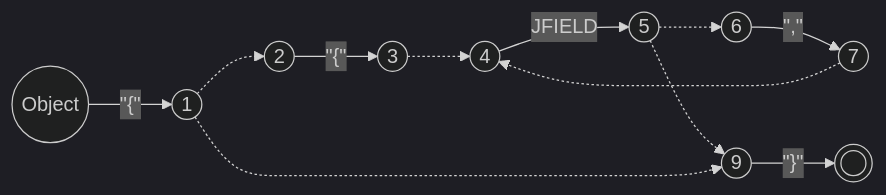
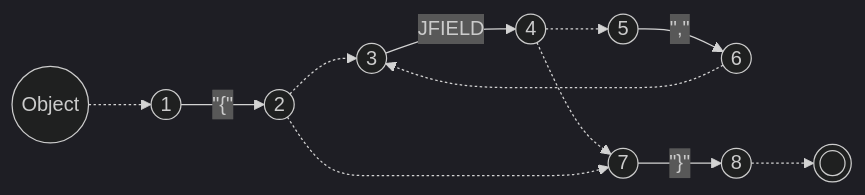
The first of 2 diagrams in Blog/GLR-Refactoring/Mermaid.md (vczh-websites/vczh), drawn with Mermaid (dark theme) before and after one commit.

````diff
--- a/Blog/GLR-Refactoring/Mermaid.md
+++ b/Blog/GLR-Refactoring/Mermaid.md
@@ -5,14 +5,14 @@
 ```mermaid
 graph LR
-  S((Object))-- #quot;{#quot; -->1
-  1((1))-.->2
-  2((2))-- #quot;{#quot; -->3
-  3((3))-.->4
-  4((4))-- JFIELD -->5
-  5((5))-.->6
-  6((6))-- #quot;,#quot; --> 7
-  7((7))-.->4
-  5-.->9
-  1-.->9
-  9((9))-- #quot;}#quot; --> E((( )))
+  S((Object))-.->1
+  1((1))-- #quot;{#quot; -->2
+  2((2))-.->3
+  3((3))-- JFIELD -->4
+  4((4))-.->5
+  5((5))-- #quot;,#quot; --> 6
+  6((6))-.->3
+  4-.->7
+  2-.->7
+  7((7))-- #quot;}#quot; --> 8
+  8((8))-.->E((( )))
 ```
````
